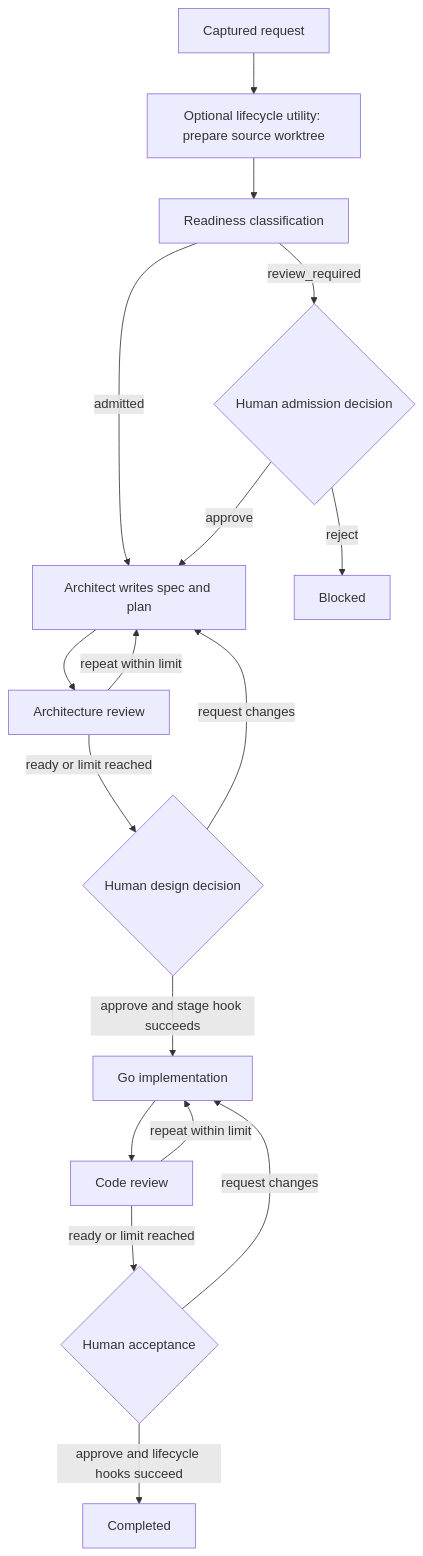
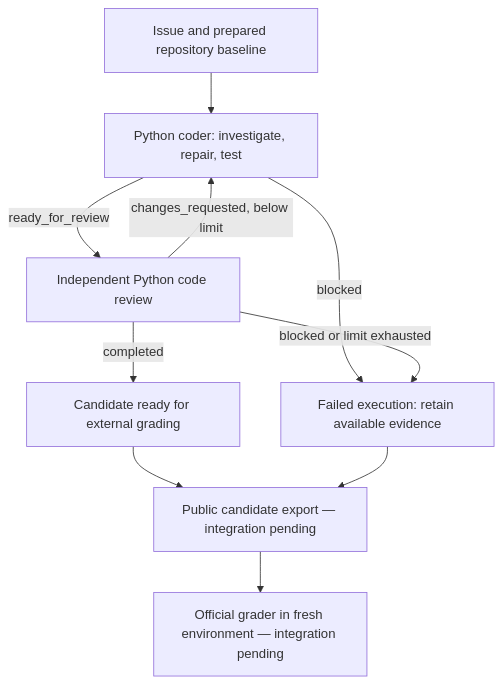
The second of 2 diagrams in factories/golang/whitepaper.md (PragmaEngineering/factory-registry), drawn with Mermaid before and after one commit. The commit also changed other lines of this file and 26 other files, not shown here.

````diff
--- a/factories/golang/whitepaper.md
+++ b/factories/golang/whitepaper.md
@@ -193,19 +194,12 @@
 ```mermaid
 flowchart TD
-    Input[Captured request] --> Prepare[Optional lifecycle utility: prepare source worktree]
-    Prepare --> Admission[Readiness classification]
-    Admission -->|admitted| Design[Architect writes spec and plan]
-    Admission -->|review_required| Override{Human admission decision}
-    Override -->|approve| Design
-    Override -->|reject| Blocked[Blocked]
-    Design --> ReviewDesign[Architecture review]
-    ReviewDesign -->|repeat within limit| Design
-    ReviewDesign -->|ready or limit reached| DesignGate{Human design decision}
-    DesignGate -->|request changes| Design
-    DesignGate -->|approve and stage hook succeeds| Build[Go implementation]
-    Build --> ReviewCode[Code review]
-    ReviewCode -->|repeat within limit| Build
-    ReviewCode -->|ready or limit reached| Acceptance{Human acceptance}
-    Acceptance -->|request changes| Build
-    Acceptance -->|approve and lifecycle hooks succeed| Completed[Completed]
+    Input[Issue and prepared repository baseline] --> Coder[Python coder: investigate, repair, test]
+    Coder -->|ready_for_review| Review[Independent Python code review]
+    Coder -->|blocked| Blocked[Failed execution: retain available evidence]
+    Review -->|completed| Candidate[Candidate ready for external grading]
+    Review -->|changes_requested, below limit| Coder
+    Review -->|blocked or limit exhausted| Blocked
+    Candidate --> Export[Public candidate export — integration pending]
+    Blocked --> Export
+    Export --> Grade[Official grader in fresh environment — integration pending]
 ```
````
